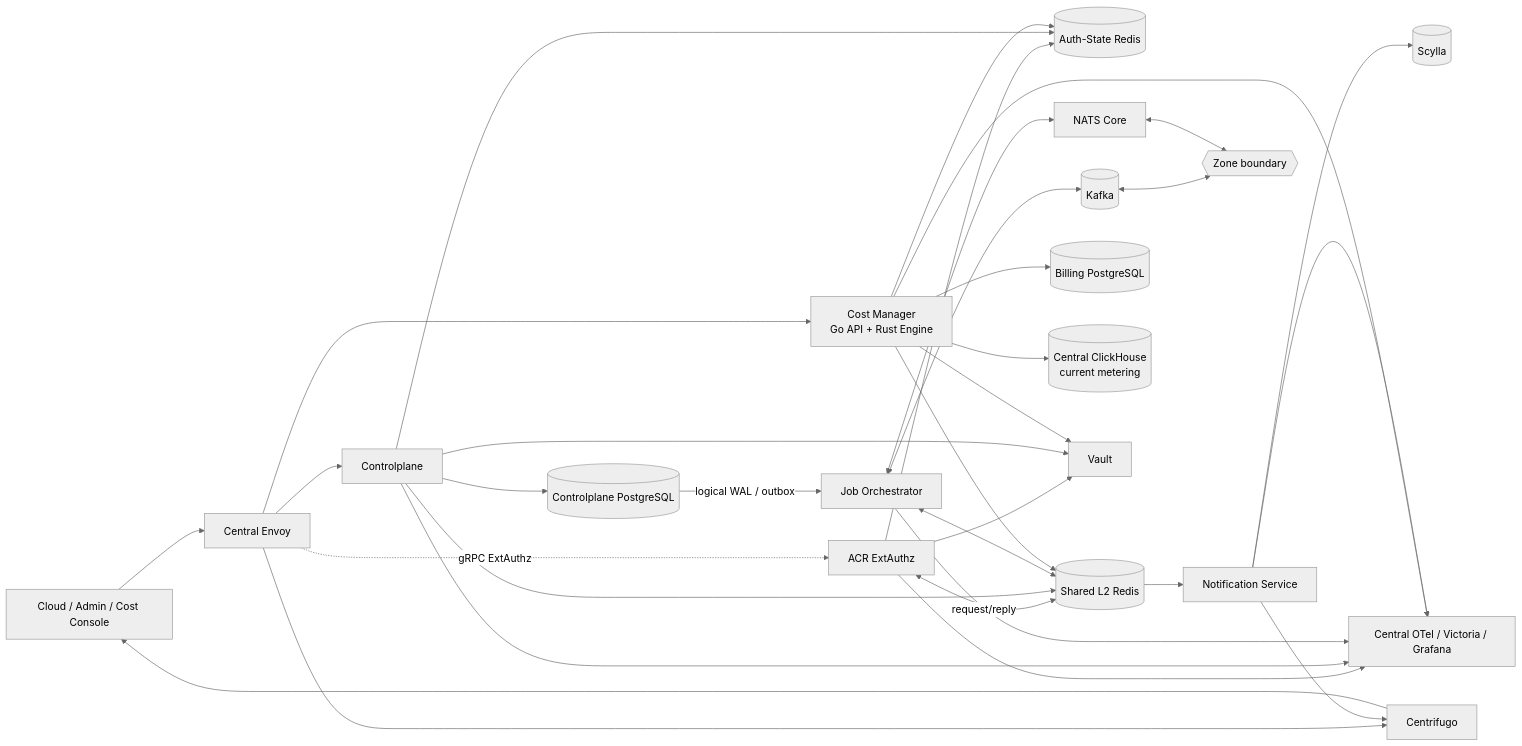
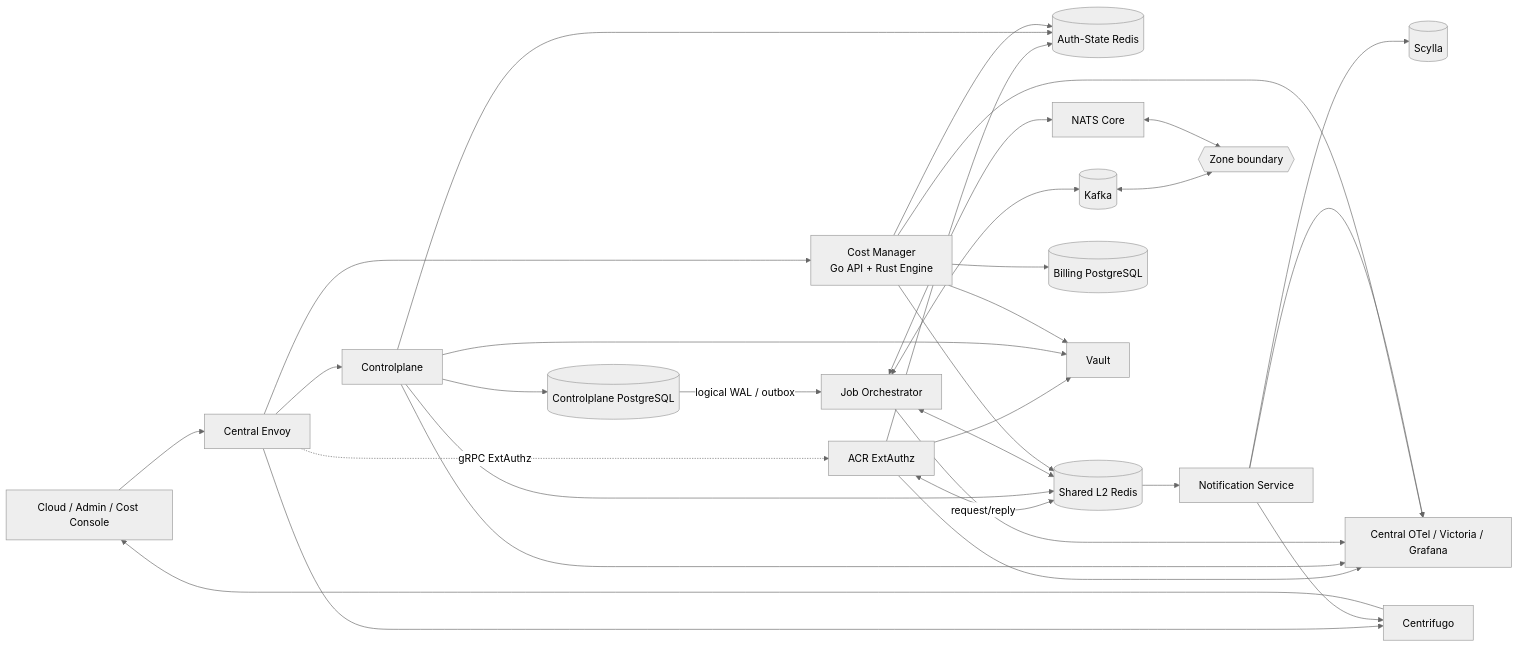
Before and after one commit to phucle996/aurora: the first of 3 diagrams in ARCHITECTURE.md, drawn with Mermaid (neutral theme). The commit also changed other lines of this file and 59 other files, not shown here.

````diff
--- a/ARCHITECTURE.md
+++ b/ARCHITECTURE.md
@@ -21,61 +21,58 @@
 ```mermaid
 flowchart LR
     Browser["Cloud / Admin / Cost Console"]
     Envoy["Central Envoy"]
     ACR["ACR ExtAuthz"]
     CP["Controlplane"]
     CPDB[("Controlplane PostgreSQL")]
     AuthRedis[("Auth-State Redis")]
     SharedRedis[("Shared L2 Redis")]
     JO["Job Orchestrator"]
     Kafka[("Kafka")]
     NATS["NATS Core"]
     Cost["Cost Manager\nGo API + Rust Engine"]
     BillingDB[("Billing PostgreSQL")]
-    ClickHouse[("Central ClickHouse
-    current metering")]
     Notify["Notification Service"]
     Scylla[("Scylla")]
     Centrifugo["Centrifugo"]
     Vault["Vault"]
     OTel["Central OTel / Victoria / Grafana"]
     ZoneBoundary{{"Zone boundary"}}
 
     Browser --> Envoy
     Envoy -. "gRPC ExtAuthz" .-> ACR
     ACR --> AuthRedis
     ACR <-->|"request/reply"| SharedRedis
     ACR --> Vault
 
     Envoy --> CP
     Envoy --> Cost
     Envoy --> Centrifugo
 
     CP --> CPDB
     CP --> AuthRedis
     CP --> SharedRedis
     CP --> Vault
 
     CPDB -- "logical WAL / outbox" --> JO
     JO <--> SharedRedis
     JO <--> Kafka
     JO <--> NATS
     Kafka <--> ZoneBoundary
     NATS <--> ZoneBoundary
 
     Cost --> BillingDB
-    Cost --> ClickHouse
     Cost --> AuthRedis
     Cost --> SharedRedis
     Cost --> Vault
 
     SharedRedis --> Notify
     Notify --> Scylla
     Notify --> Centrifugo --> Browser
 
     ACR --> OTel
     CP --> OTel
     JO --> OTel
     Cost --> OTel
     Notify --> OTel
 ```
````
